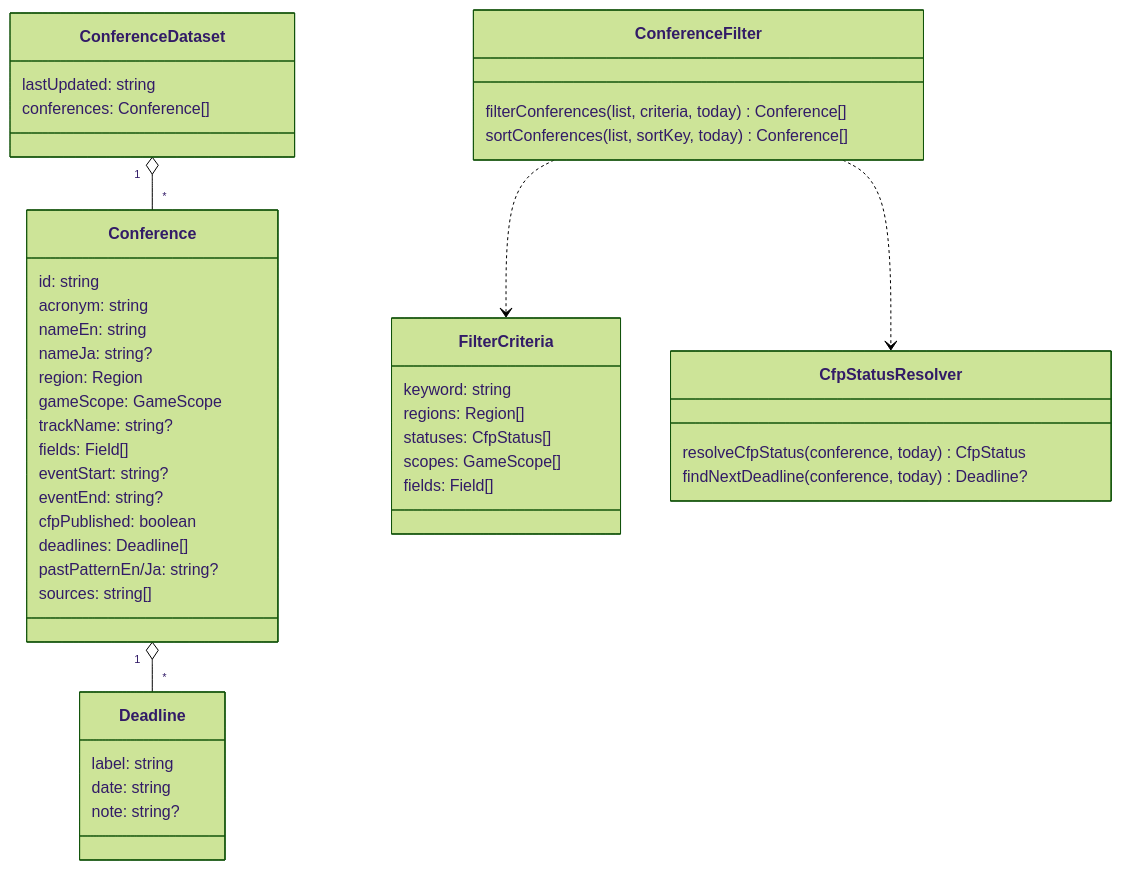
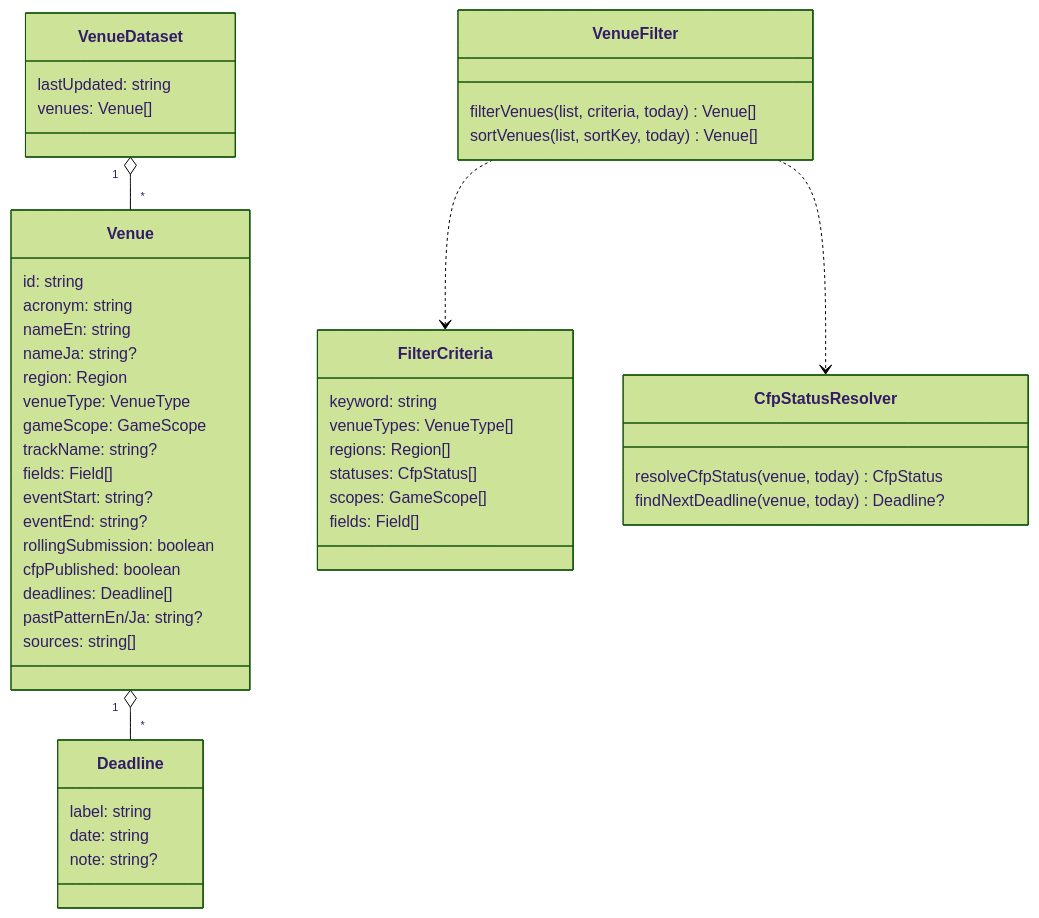
Before and after one commit to konbraphat51/GameRelatedCfPs: the first of 3 diagrams in Docs/Architecture.ja.md, drawn with Mermaid (forest theme). The commit also changed other lines of this file and 5 other files, not shown here.

Commit message:
docs: describe journals, rolling status and Venue model

````diff
--- a/Docs/Architecture.ja.md
+++ b/Docs/Architecture.ja.md
@@ -37,47 +37,50 @@
 ```mermaid
 classDiagram
-  class ConferenceDataset {
+  class VenueDataset {
     lastUpdated: string
-    conferences: Conference[]
+    venues: Venue[]
   }
-  class Conference {
+  class Venue {
     id: string
     acronym: string
     nameEn: string
     nameJa: string?
     region: Region
+    venueType: VenueType
     gameScope: GameScope
     trackName: string?
     fields: Field[]
     eventStart: string?
     eventEnd: string?
+    rollingSubmission: boolean
     cfpPublished: boolean
     deadlines: Deadline[]
     pastPatternEn/Ja: string?
     sources: string[]
   }
   class Deadline {
     label: string
     date: string
     note: string?
   }
   class FilterCriteria {
     keyword: string
+    venueTypes: VenueType[]
     regions: Region[]
     statuses: CfpStatus[]
     scopes: GameScope[]
     fields: Field[]
   }
   class CfpStatusResolver {
-    resolveCfpStatus(conference, today) CfpStatus
-    findNextDeadline(conference, today) Deadline?
+    resolveCfpStatus(venue, today) CfpStatus
+    findNextDeadline(venue, today) Deadline?
   }
-  class ConferenceFilter {
-    filterConferences(list, criteria, today) Conference[]
-    sortConferences(list, sortKey, today) Conference[]
+  class VenueFilter {
+    filterVenues(list, criteria, today) Venue[]
+    sortVenues(list, sortKey, today) Venue[]
   }
-  ConferenceDataset "1" o-- "*" Conference
-  Conference "1" o-- "*" Deadline
-  ConferenceFilter ..> FilterCriteria
-  ConferenceFilter ..> CfpStatusResolver
+  VenueDataset "1" o-- "*" Venue
+  Venue "1" o-- "*" Deadline
+  VenueFilter ..> FilterCriteria
+  VenueFilter ..> CfpStatusResolver
 ```
````
